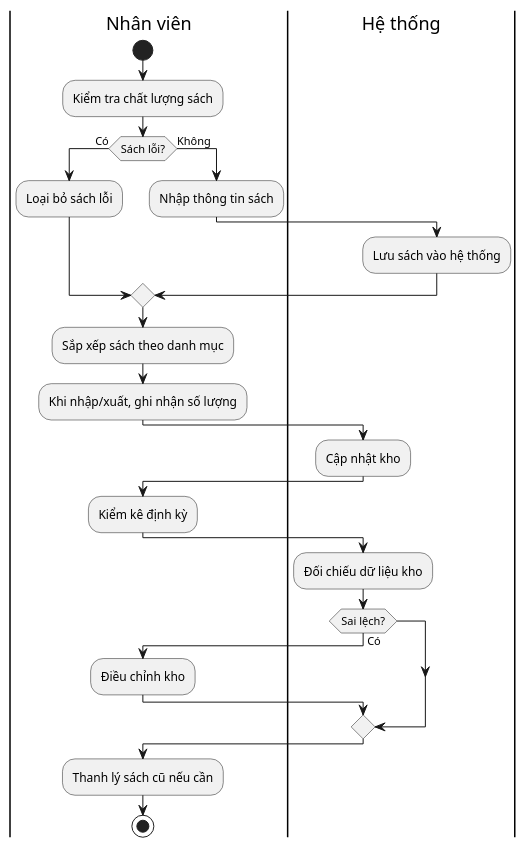
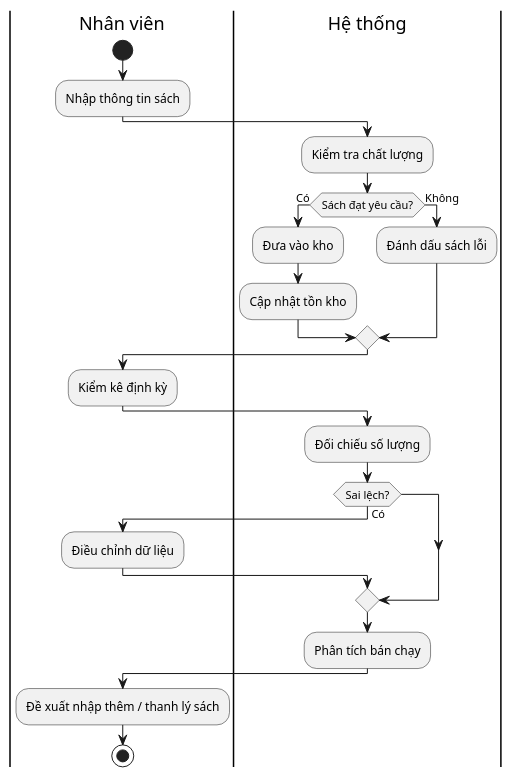
Before and after one commit to khanh-nd1204/book-app: the diagram in app-service/document/flow/book.puml, drawn with PlantUML. The commit also changed 10 other files, not shown here.

```diff
--- a/app-service/document/flow/book.puml
+++ b/app-service/document/flow/book.puml
@@ -1,35 +1,28 @@
 @startuml
+|Nhân viên|
+start
+:Nhập thông tin sách;
+|Hệ thống|
+:Kiểm tra chất lượng;
 
-|Nhân viên|
-
-start
-:Kiểm tra chất lượng sách;
-
-if (Sách lỗi?) then (Có)
-    :Loại bỏ sách lỗi;
+if (Sách đạt yêu cầu?) then (Có)
+  :Đưa vào kho;
+  :Cập nhật tồn kho;
 else (Không)
-    :Nhập thông tin sách;
-    |Hệ thống|
-    :Lưu sách vào hệ thống;
+  :Đánh dấu sách lỗi;
 endif
 
 |Nhân viên|
-:Sắp xếp sách theo danh mục;
-:Khi nhập/xuất, ghi nhận số lượng;
-
+:Kiểm kê định kỳ;
 |Hệ thống|
-:Cập nhật kho;
-
-|Nhân viên|
-:Kiểm kê định kỳ;
-
-|Hệ thống|
-:Đối chiếu dữ liệu kho;
+:Đối chiếu số lượng;
 if (Sai lệch?) then (Có)
   |Nhân viên|
-  :Điều chỉnh kho;
+  :Điều chỉnh dữ liệu;
 endif
-
-:Thanh lý sách cũ nếu cần;
+|Hệ thống|
+:Phân tích bán chạy;
+|Nhân viên|
+:Đề xuất nhập thêm / thanh lý sách;
 stop
 @enduml
```
